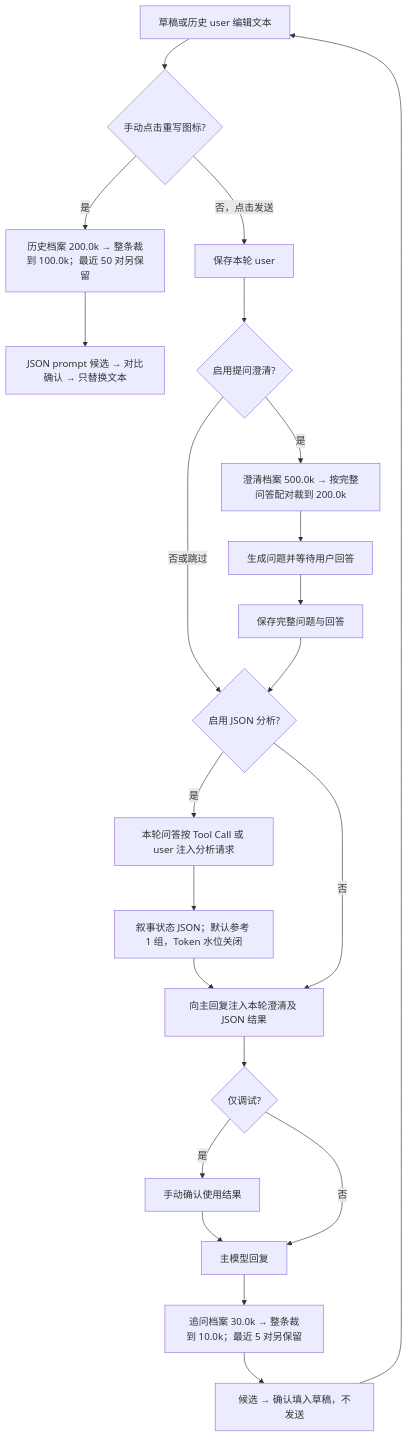
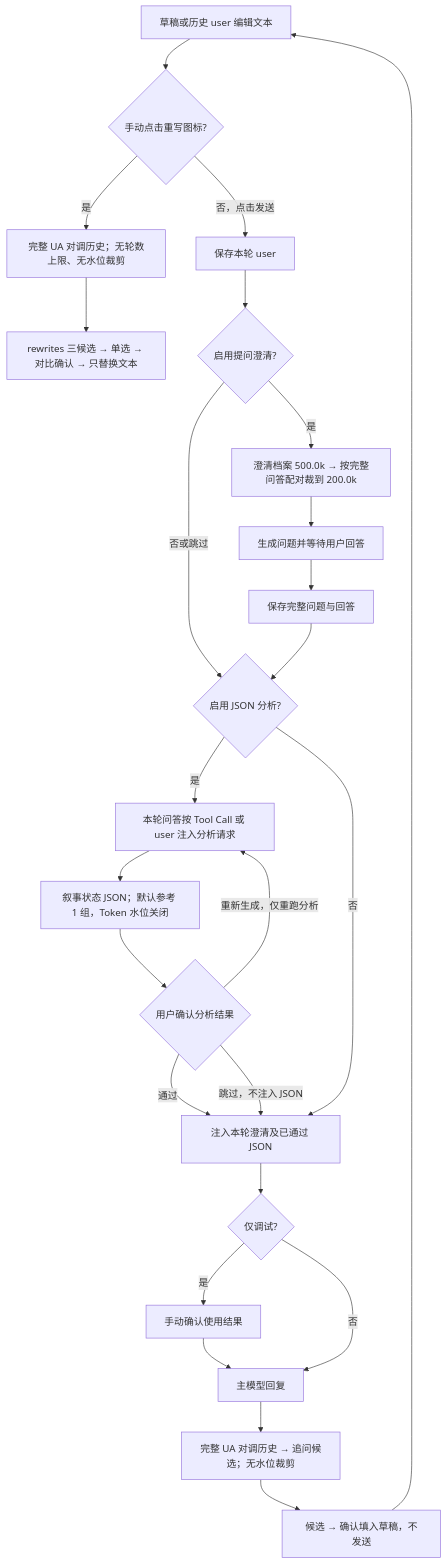
Before and after one commit to ccawmiku/workers-chat: the first of 7 diagrams in docs/PLUGINS.md, drawn with Mermaid. The commit also changed other lines of this file and 17 other files, not shown here.

````diff
--- a/docs/PLUGINS.md
+++ b/docs/PLUGINS.md
@@ -20,24 +20,27 @@
 ```mermaid
 flowchart TD
     Draft[草稿或历史 user 编辑文本] --> Rewrite{手动点击重写图标?}
-    Rewrite -->|是| Rewriter[历史档案 200.0k → 整条裁到 100.0k；最近 50 对另保留]
-    Rewriter --> Compare[JSON prompt 候选 → 对比确认 → 只替换文本]
+    Rewrite -->|是| Rewriter[完整 UA 对调历史；无轮数上限、无水位裁剪]
+    Rewriter --> Compare[rewrites 三候选 → 单选 → 对比确认 → 只替换文本]
     Rewrite -->|否，点击发送| User[保存本轮 user]
     User --> Ask{启用提问澄清?}
     Ask -->|是| Q[澄清档案 500.0k → 按完整问答配对裁到 200.0k]
     Q --> Wait[生成问题并等待用户回答]
     Wait --> Pair[保存完整问题与回答]
     Ask -->|否或跳过| Analyze{启用 JSON 分析?}
     Pair --> Analyze
     Analyze -->|是| Input[本轮问答按 Tool Call 或 user 注入分析请求]
     Input --> JSON[叙事状态 JSON；默认参考 1 组，Token 水位关闭]
-    JSON --> Inject[向主回复注入本轮澄清及 JSON 结果]
+    JSON --> Gate{用户确认分析结果}
+    Gate -->|重新生成，仅重跑分析| Input
+    Gate -->|通过| Inject[注入本轮澄清及已通过 JSON]
+    Gate -->|跳过，不注入 JSON| Inject
     Analyze -->|否| Inject
     Inject --> Debug{仅调试?}
     Debug -->|是| Review[手动确认使用结果]
     Review --> Main[主模型回复]
     Debug -->|否| Main
-    Main --> Suggest[追问档案 30.0k → 整条裁到 10.0k；最近 5 对另保留]
+    Main --> Suggest[完整 UA 对调历史 → 追问候选；无水位裁剪]
     Suggest --> Choices[候选 → 确认填入草稿，不发送]
     Choices --> Draft
 ```
````
